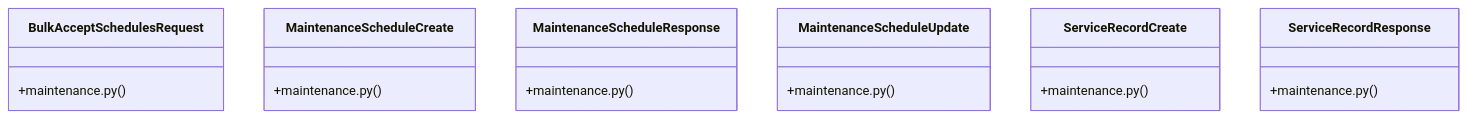
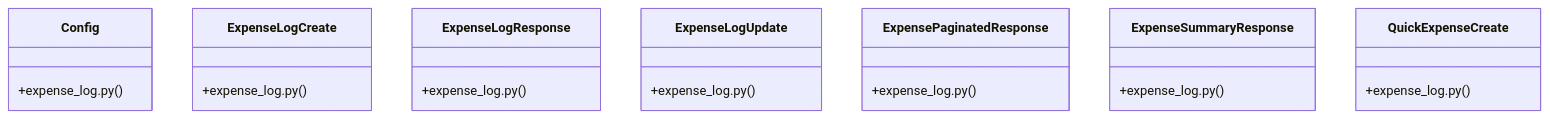
The diagram in src/graphify-out/wiki/Community_16.md (IHKodifier/veltrics), drawn with Mermaid before and after one commit. The commit also changed other lines of this file and 178 other files, not shown here.

````diff
--- a/src/graphify-out/wiki/Community_16.md
+++ b/src/graphify-out/wiki/Community_16.md
@@ -33,21 +36,24 @@
 ```mermaid
 classDiagram
-    class BulkAcceptSchedulesRequest {
-        +maintenance.py()
+    class Config {
+        +expense_log.py()
     }
-    class MaintenanceScheduleCreate {
-        +maintenance.py()
+    class ExpenseLogCreate {
+        +expense_log.py()
     }
-    class MaintenanceScheduleResponse {
-        +maintenance.py()
+    class ExpenseLogResponse {
+        +expense_log.py()
     }
-    class MaintenanceScheduleUpdate {
-        +maintenance.py()
+    class ExpenseLogUpdate {
+        +expense_log.py()
     }
-    class ServiceRecordCreate {
-        +maintenance.py()
+    class ExpensePaginatedResponse {
+        +expense_log.py()
     }
-    class ServiceRecordResponse {
-        +maintenance.py()
+    class ExpenseSummaryResponse {
+        +expense_log.py()
+    }
+    class QuickExpenseCreate {
+        +expense_log.py()
     }
 ```
````
